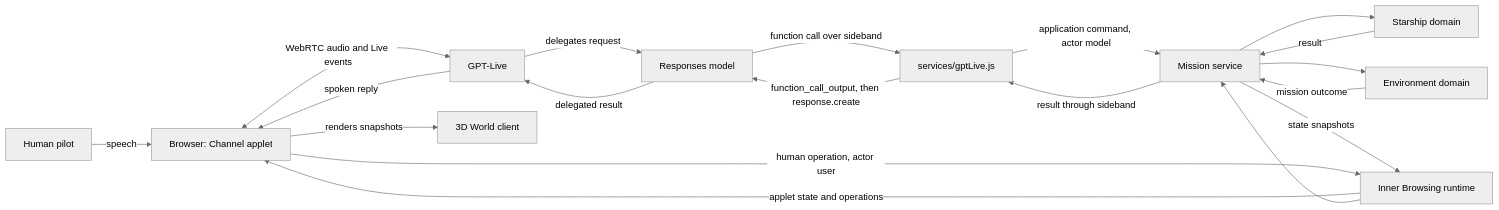
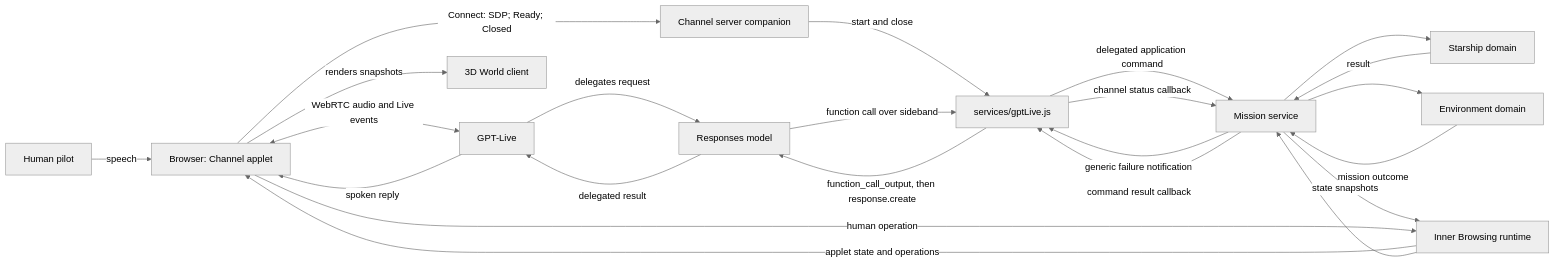
One commit to taboca/labs-collaboration-gptlive-docking changed the diagram in README.bigfaq.md. Above: the diagram before and after it, drawn with Mermaid (neutral theme). The commit also changed other lines of this file and 6 other files, not shown here.

Commit message:
Move Live lifecycle ownership to Channel

```diff
--- a/README.bigfaq.md
+++ b/README.bigfaq.md
@@ -19,21 +20,25 @@
 ~~~mermaid
 flowchart LR
   User[Human pilot] -->|speech| Browser[Browser: Channel applet]
   Browser <-->|WebRTC audio and Live events| Live[GPT-Live]
+  Browser -->|Connect: SDP; Ready; Closed| Channel[Channel server companion]
+  Channel -->|start and close| Adapter[services/gptLive.js]
   Live -->|delegates request| Responses[Responses model]
-  Responses -->|function call over sideband| Adapter[services/gptLive.js]
-  Adapter -->|application command, actor model| Mission[Mission service]
+  Responses -->|function call over sideband| Adapter
+  Adapter -->|delegated application command| Mission[Mission service]
+  Adapter -->|channel status callback| Mission
+  Mission -->|generic failure notification| Adapter
   Mission --> Ship[Starship domain]
   Mission --> Env[Environment domain]
   Ship -->|result| Mission
   Env -->|mission outcome| Mission
   Mission -->|state snapshots| IB[Inner Browsing runtime]
   IB -->|applet state and operations| Browser
   Browser -->|renders snapshots| World[3D World client]
-  Browser -->|human operation, actor user| IB
+  Browser -->|human operation| IB
   IB --> Mission
-  Mission -->|result through sideband| Adapter
+  Mission -->|command result callback| Adapter
   Adapter -->|function_call_output, then response.create| Responses
   Responses -->|delegated result| Live
   Live -->|spoken reply| Browser
 ~~~
```
